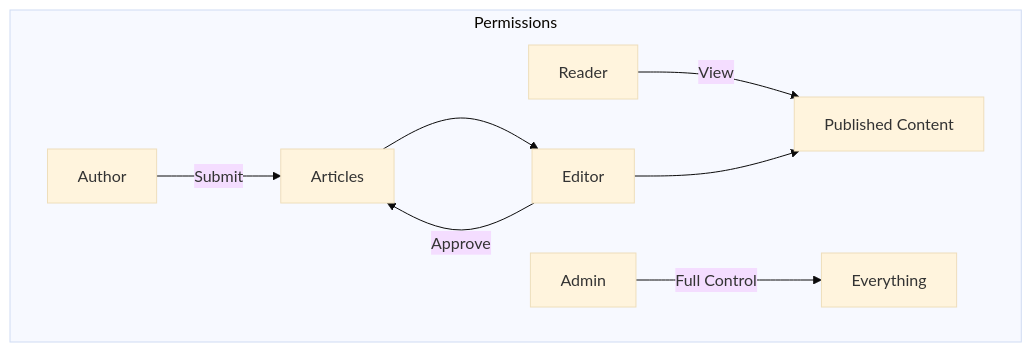
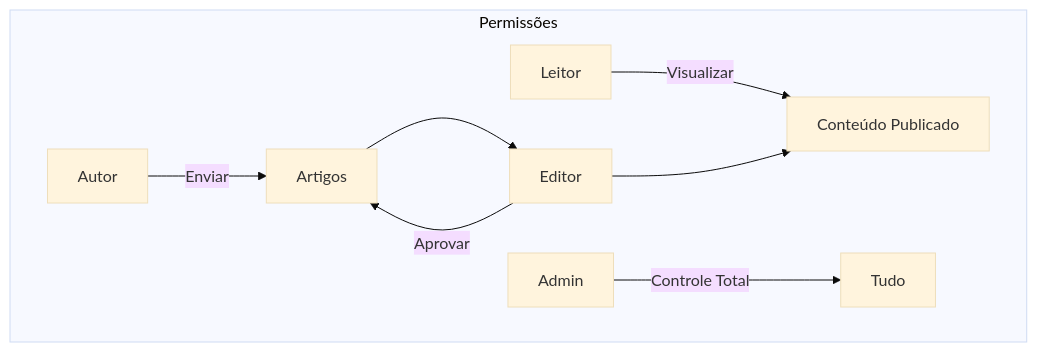
One commit to mambax7/xoops-docs changed the third of 4 diagrams in apps/docs-27/src/content/docs/pt/modules/publisher/user-guide/getting-started.md. Above: the diagram before and after it, drawn with Mermaid (base theme). The commit also changed other lines of this file and 162 other files, not shown here.

````diff
--- a/apps/docs-27/src/content/docs/pt/modules/publisher/user-guide/getting-started.md
+++ b/apps/docs-27/src/content/docs/pt/modules/publisher/user-guide/getting-started.md
@@ -92,12 +92,12 @@
 ```mermaid
 flowchart TD
-    subgraph "Permissions"
-        A[Reader] --> |View| B[Published Content]
-        C[Author] --> |Submit| D[Articles]
-        E[Editor] --> |Approve| D
-        F[Admin] --> |Full Control| G[Everything]
+    subgraph "Permissões"
+        A[Leitor] --> |Visualizar| B[Conteúdo Publicado]
+        C[Autor] --> |Enviar| D[Artigos]
+        E[Editor] --> |Aprovar| D
+        F[Admin] --> |Controle Total| G[Tudo]
     end
 
     D --> E
     E --> B
 ```
````
